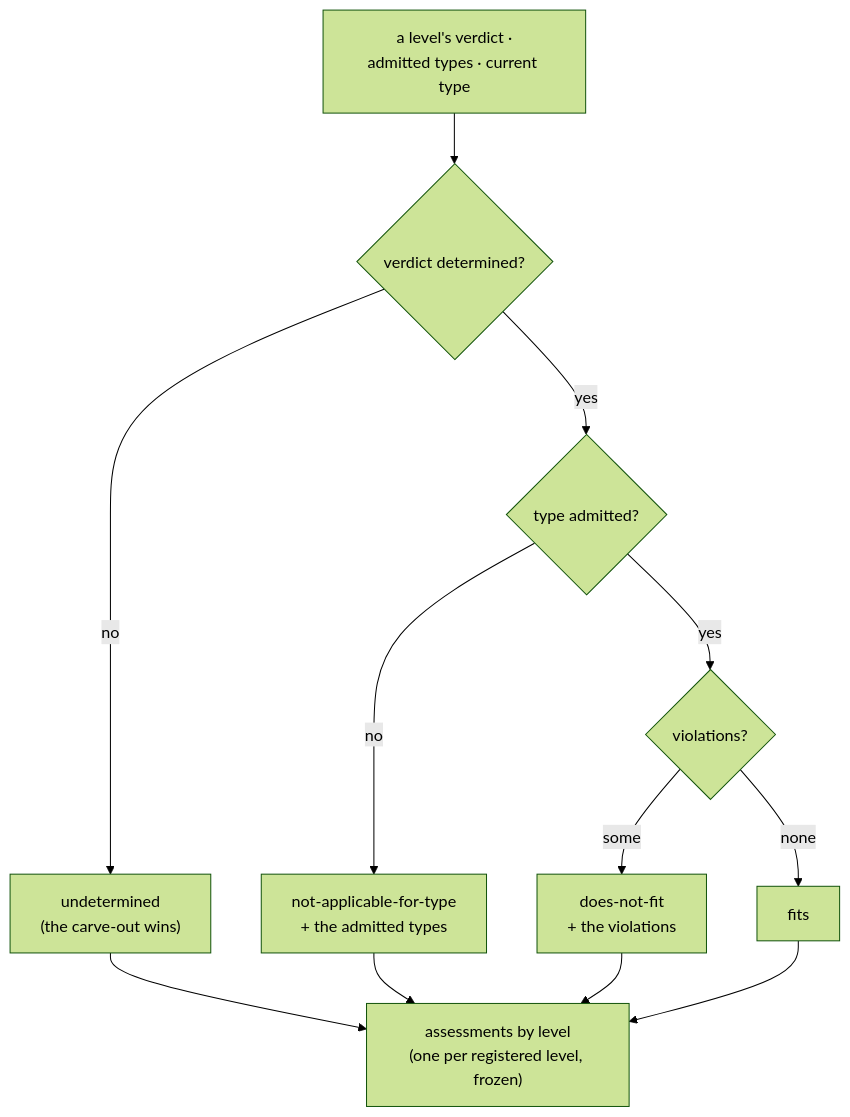
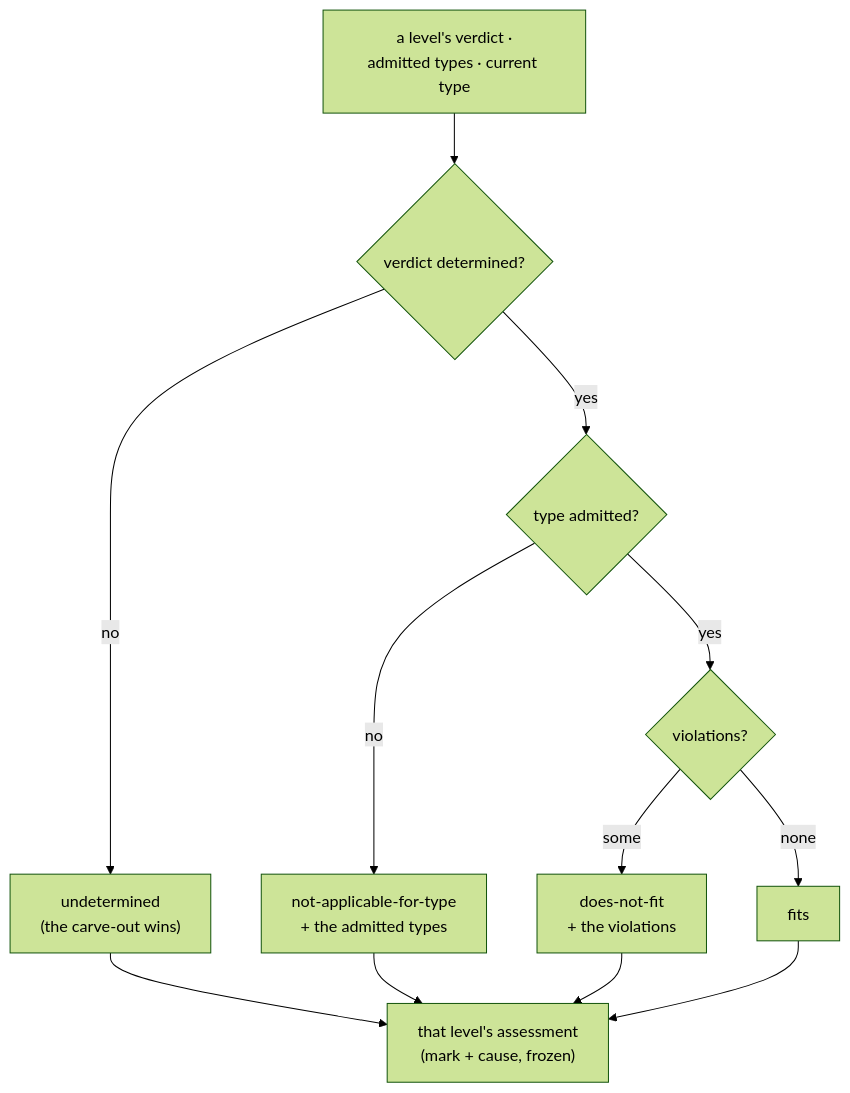
The diagram in src/lib/study-lenses/orchestrate/lib/marking/DOCS.md (codeschoolinabox/curricula), drawn with Mermaid (forest theme) before and after one commit. The commit also changed 3 other files, not shown here.

First line of the commit message:
add: deriveAssessments — four-valued marks with causes, undetermined carve-out wins

````diff
--- a/src/lib/study-lenses/orchestrate/lib/marking/DOCS.md
+++ b/src/lib/study-lenses/orchestrate/lib/marking/DOCS.md
@@ -25,23 +25,23 @@
 ```mermaid
 flowchart TD
     IN["a level's verdict ·<br/>admitted types · current type"]
     P{"verdict determined?"}
     T{"type admitted?"}
     V{"violations?"}
     U["undetermined<br/>(the carve-out wins)"]
     NA["not-applicable-for-type<br/>+ the admitted types"]
     DNF["does-not-fit<br/>+ the violations"]
     F["fits"]
-    OUT["assessments by level<br/>(one per registered level, frozen)"]
+    OUT["that level's assessment<br/>(mark + cause, frozen)"]
     IN --> P
     P -->|no| U
     P -->|yes| T
     T -->|no| NA
     T -->|yes| V
     V -->|some| DNF
     V -->|none| F
     U --> OUT
     NA --> OUT
     DNF --> OUT
     F --> OUT
 ```
````
